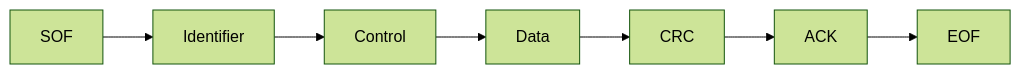
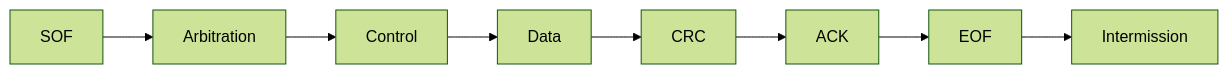
The diagram in content/ru/tech_docs/platform_2.md (gosyuliya/docs), drawn with Mermaid (forest theme) before and after one commit. The commit also changed other lines of this file and 35 other files, not shown here.

````diff
--- a/content/ru/tech_docs/platform_2.md
+++ b/content/ru/tech_docs/platform_2.md
@@ -72,5 +31,4 @@
 ```mermaid
-flowchart LR
-    SOF --> Identifier --> Control --> Data --> CRC --> ACK --> EOF
-
+graph LR
+    SOF --> Arbitration --> Control --> Data --> CRC --> ACK --> EOF --> Intermission
 ```
````
